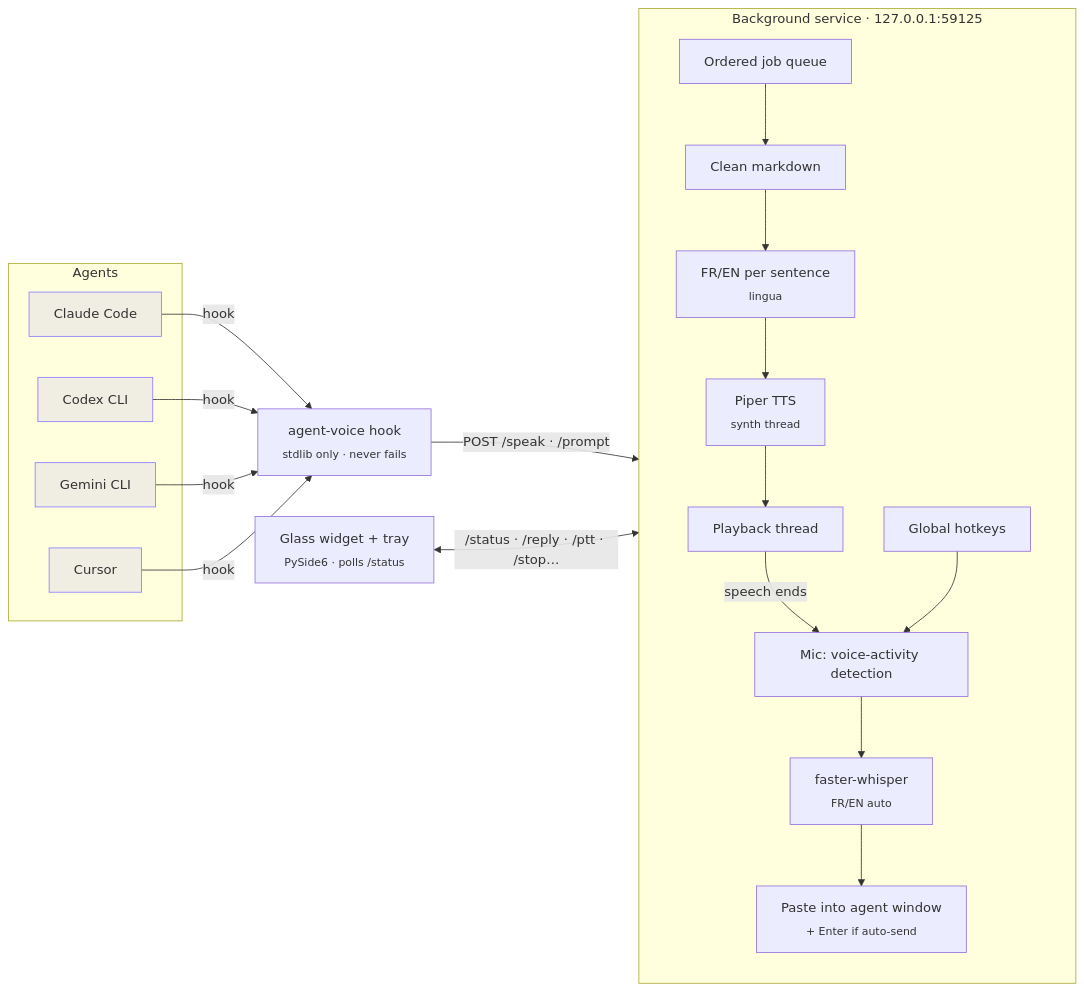
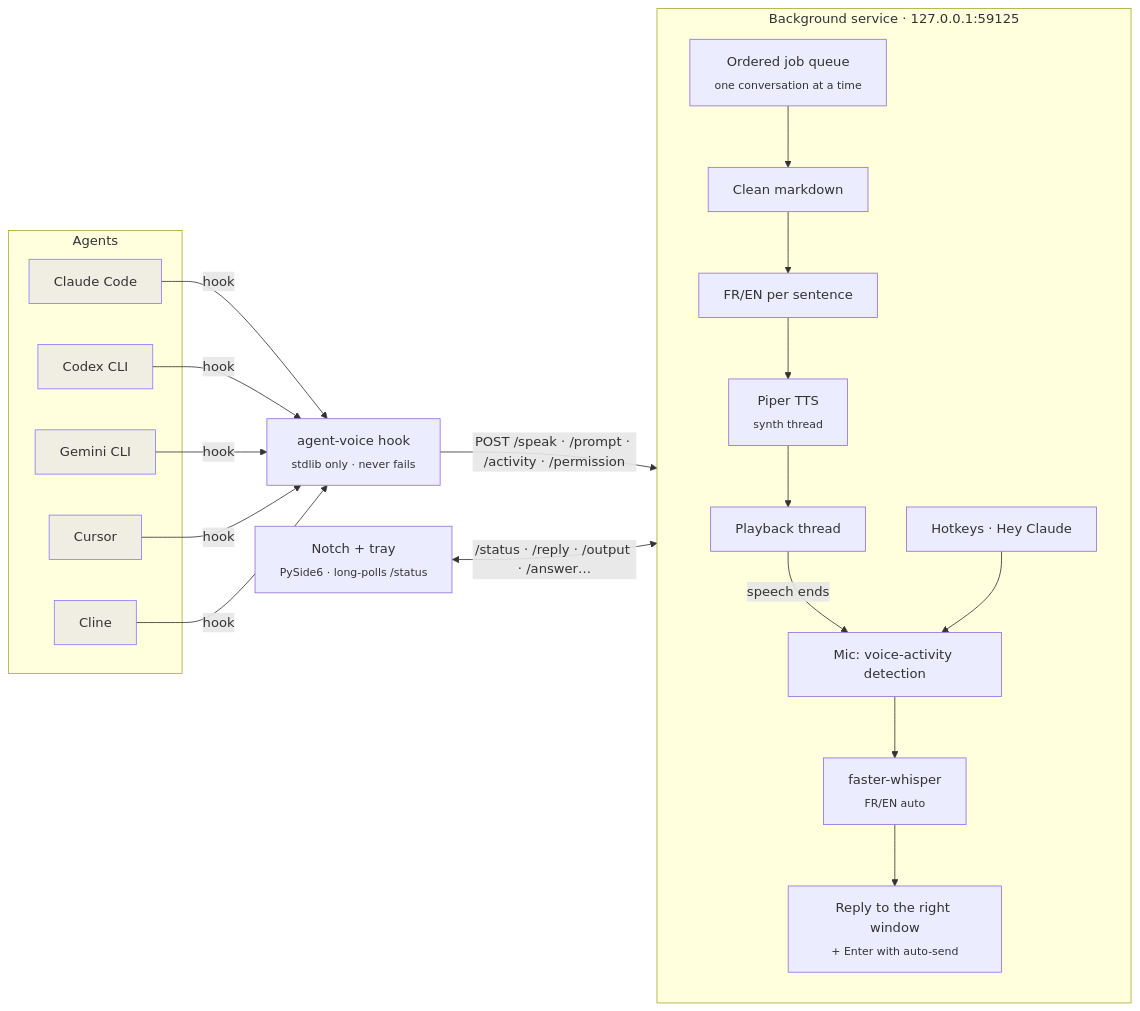
One commit to ElMastho/Agent-Voice changed the first of 2 diagrams in README.md. Above: the diagram before and after it, drawn with Mermaid. The commit also changed other lines of this file and 14 other files, not shown here.

````diff
--- a/README.md
+++ b/README.md
@@ -153,23 +182,24 @@
 ```mermaid
 flowchart LR
     subgraph Agents
         CC[Claude Code]:::a
         CX[Codex CLI]:::a
         GM[Gemini CLI]:::a
         CU[Cursor]:::a
+        CL[Cline]:::a
     end
-    CC & CX & GM & CU -- hook --> H["agent-voice hook<br/><sub>stdlib only · never fails</sub>"]
-    H -- "POST /speak · /prompt" --> D
+    CC & CX & GM & CU & CL -- hook --> H["agent-voice hook<br/><sub>stdlib only · never fails</sub>"]
+    H -- "POST /speak · /prompt · /activity · /permission" --> D
 
     subgraph D["Background service · 127.0.0.1:59125"]
         direction TB
-        Q[Ordered job queue] --> C[Clean markdown] --> L[FR/EN per sentence<br/><sub>lingua</sub>]
+        Q[Ordered job queue<br/><sub>one conversation at a time</sub>] --> C[Clean markdown] --> L[FR/EN per sentence]
         L --> T[Piper TTS<br/><sub>synth thread</sub>] --> P[Playback thread]
         P -- "speech ends" --> M[Mic: voice-activity detection]
-        K[Global hotkeys] --> M
-        M --> W[faster-whisper<br/><sub>FR/EN auto</sub>] --> V[Paste into agent window<br/><sub>+ Enter if auto-send</sub>]
+        K[Hotkeys · Hey Claude] --> M
+        M --> W[faster-whisper<br/><sub>FR/EN auto</sub>] --> V[Reply to the right window<br/><sub>+ Enter with auto-send</sub>]
     end
 
-    UI["Glass widget + tray<br/><sub>PySide6 · polls /status</sub>"] <-- "/status · /reply · /ptt · /stop…" --> D
+    UI["Notch + tray<br/><sub>PySide6 · long-polls /status</sub>"] <-- "/status · /reply · /output · /answer…" --> D
     classDef a fill:#8B7CFF22,stroke:#8B7CFF;
 ```
````
